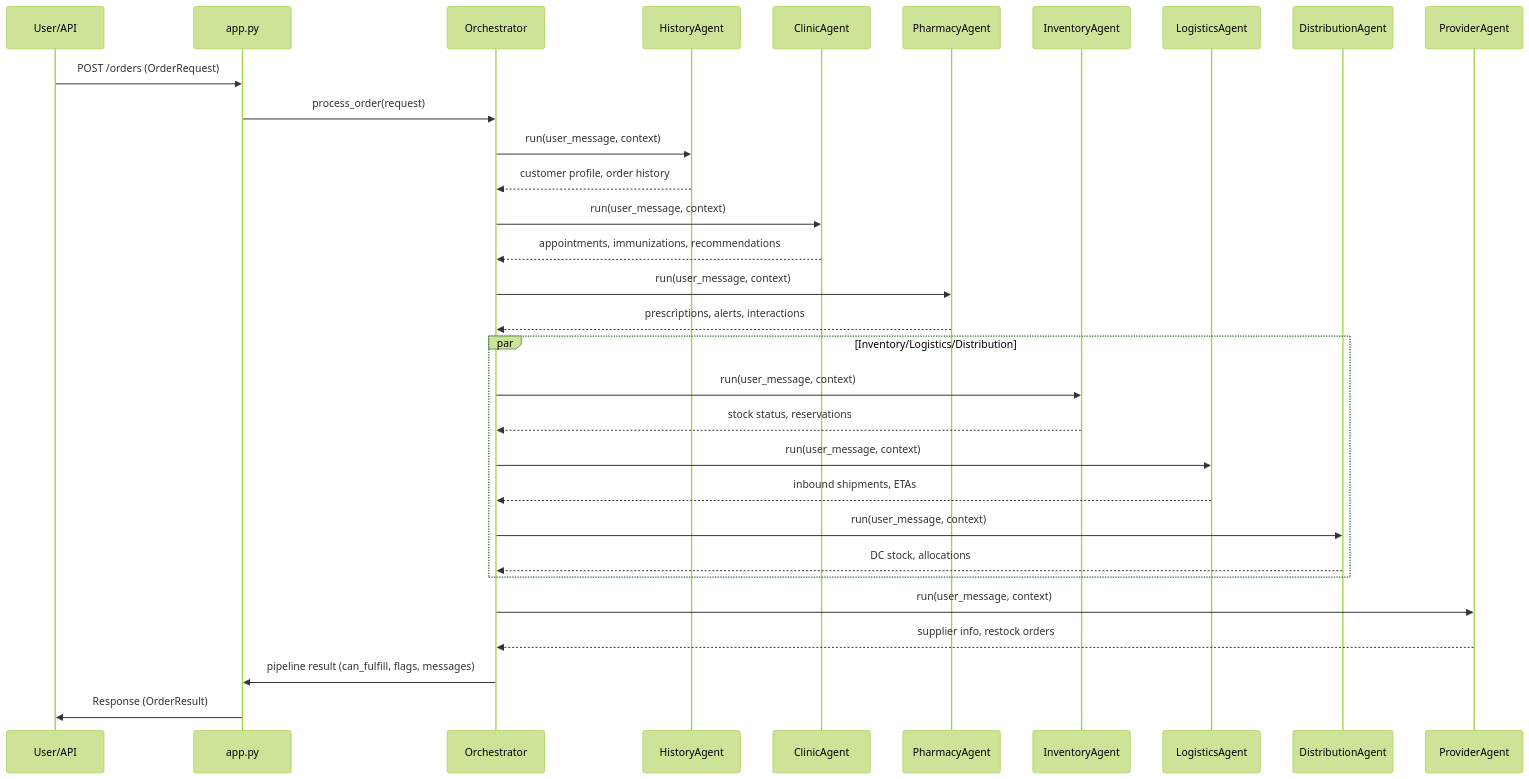
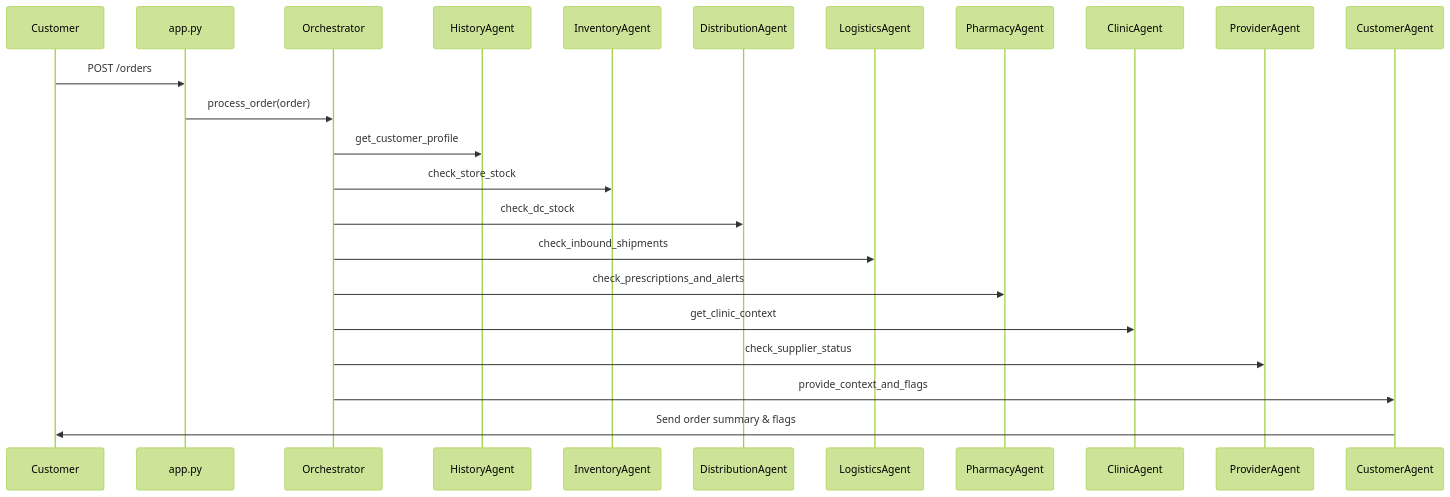
One commit to btimmeny/retail-agent-swarm changed the third of 5 diagrams in docs/graph.md. Above: the diagram before and after it, drawn with Mermaid (forest theme). The commit also changed other lines of this file and 2 other files, not shown here.

Commit message:
repo-pilot: update docs (run-20260224-034617-b8cbc0)

````diff
--- a/docs/graph.md
+++ b/docs/graph.md
@@ -147,37 +111,26 @@
 ```mermaid
 sequenceDiagram
-  participant User as User/API
-  participant API as app.py
-  participant Orchestrator as Orchestrator
-  participant History as HistoryAgent
-  participant Clinic as ClinicAgent
-  participant Pharmacy as PharmacyAgent
-  participant Inventory as InventoryAgent
-  participant Logistics as LogisticsAgent
-  participant Distribution as DistributionAgent
-  participant Provider as ProviderAgent
+    participant Customer
+    participant API as app.py
+    participant Orchestrator
+    participant History as HistoryAgent
+    participant Inventory as InventoryAgent
+    participant Distribution as DistributionAgent
+    participant Logistics as LogisticsAgent
+    participant Pharmacy as PharmacyAgent
+    participant Clinic as ClinicAgent
+    participant Provider as ProviderAgent
+    participant CustomerAgent
 
-  User->>API: POST /orders (OrderRequest)
-  API->>Orchestrator: process_order(request)
-  Orchestrator->>History: run(user_message, context)
-  History-->>Orchestrator: customer profile, order history
-  Orchestrator->>Clinic: run(user_message, context)
-  Clinic-->>Orchestrator: appointments, immunizations, recommendations
-  Orchestrator->>Pharmacy: run(user_message, context)
-  Pharmacy-->>Orchestrator: prescriptions, alerts, interactions
-  par Inventory/Logistics/Distribution
-    Orchestrator->>Inventory: run(user_message, context)
-    Inventory-->>Orchestrator: stock status, reservations
-
-    Orchestrator->>Logistics: run(user_message, context)
-    Logistics-->>Orchestrator: inbound shipments, ETAs
-
-    Orchestrator->>Distribution: run(user_message, context)
-    Distribution-->>Orchestrator: DC stock, allocations
-  end
-  Orchestrator->>Provider: run(user_message, context)
-  Provider-->>Orchestrator: supplier info, restock orders
-
-  Orchestrator->>API: pipeline result (can_fulfill, flags, messages)
-  API->>User: Response (OrderResult)
+    Customer->>API: POST /orders
+    API->>Orchestrator: process_order(order)
+    Orchestrator->>History: get_customer_profile
+    Orchestrator->>Inventory: check_store_stock
+    Orchestrator->>Distribution: check_dc_stock
+    Orchestrator->>Logistics: check_inbound_shipments
+    Orchestrator->>Pharmacy: check_prescriptions_and_alerts
+    Orchestrator->>Clinic: get_clinic_context
+    Orchestrator->>Provider: check_supplier_status
+    Orchestrator->>CustomerAgent: provide_context_and_flags
+    CustomerAgent->>Customer: Send order summary & flags
 ```
````
